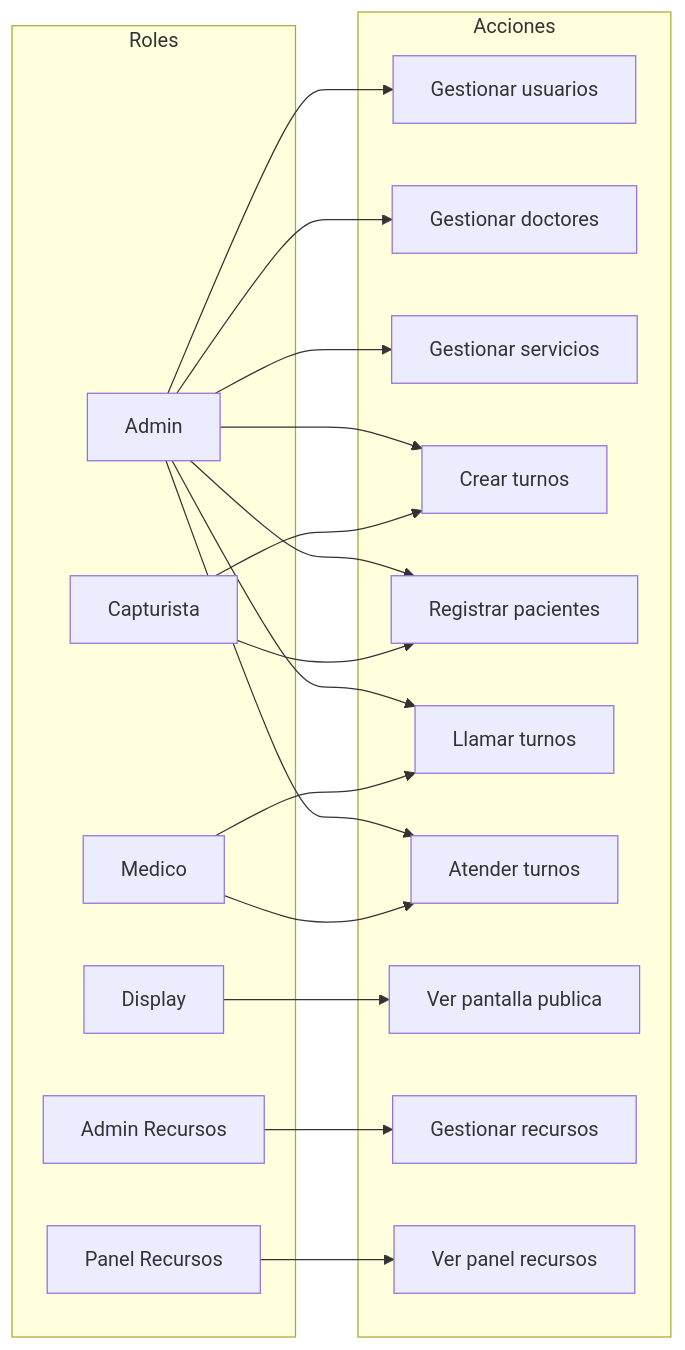
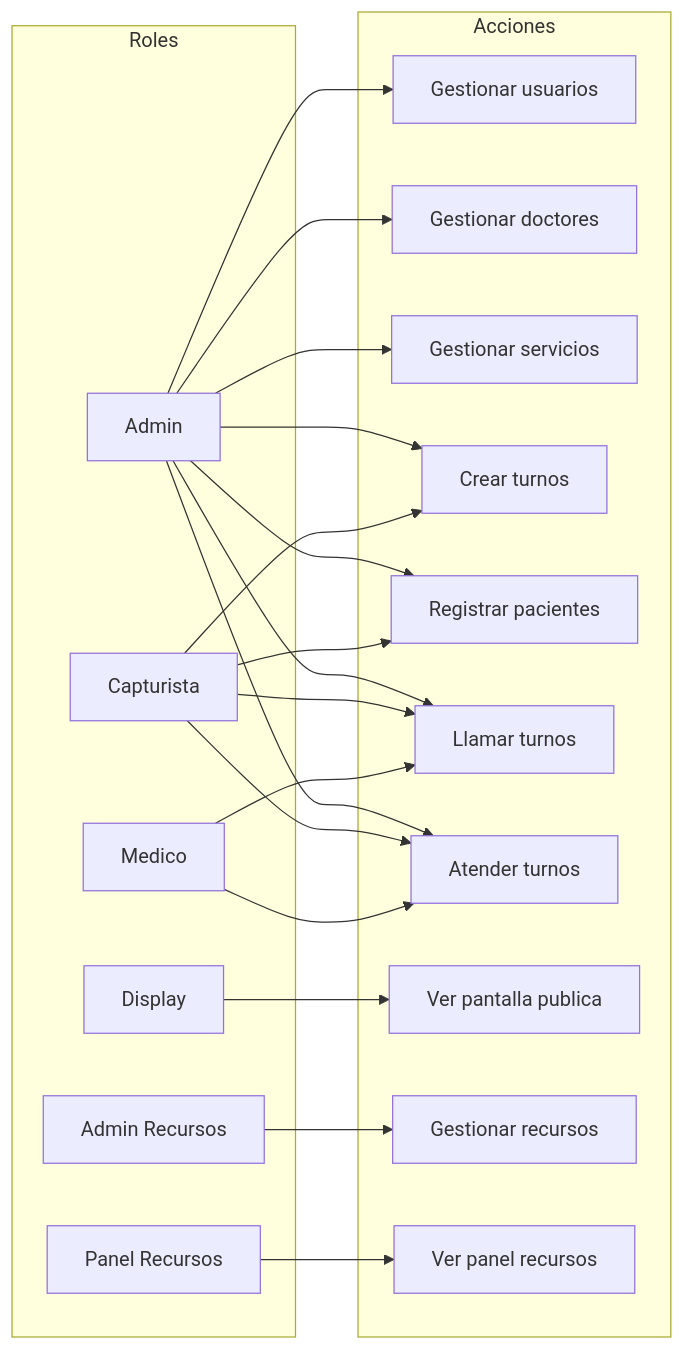
The third of 17 diagrams in bitacora/diagrama.md (monroyhd/app-turnos), drawn with Mermaid before and after one commit. The commit also changed other lines of this file and 18 other files, not shown here.

````diff
--- a/bitacora/diagrama.md
+++ b/bitacora/diagrama.md
@@ -68,43 +70,45 @@
 ```mermaid
 flowchart LR
     subgraph Roles
         Admin[Admin]
         Cap[Capturista]
         Med[Medico]
         Disp[Display]
         AdminRec[Admin Recursos]
         PanRec[Panel Recursos]
     end
 
     subgraph Acciones
         A1[Gestionar usuarios]
         A2[Gestionar doctores]
         A3[Gestionar servicios]
         A4[Crear turnos]
         A5[Registrar pacientes]
         A6[Llamar turnos]
         A7[Atender turnos]
         A8[Ver pantalla publica]
         A9[Gestionar recursos]
         A10[Ver panel recursos]
     end
 
     Admin --> A1
     Admin --> A2
     Admin --> A3
     Admin --> A4
     Admin --> A5
     Admin --> A6
     Admin --> A7
 
     Cap --> A4
     Cap --> A5
+    Cap --> A6
+    Cap --> A7
 
     Med --> A6
     Med --> A7
 
     Disp --> A8
 
     AdminRec --> A9
     PanRec --> A10
 ```
````
